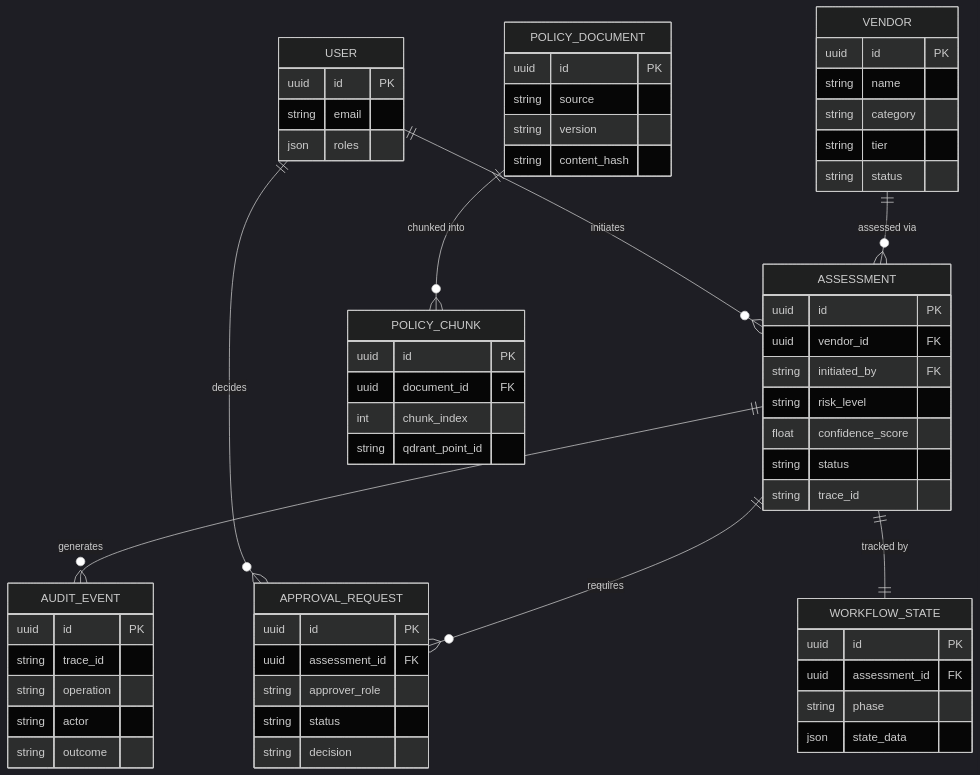
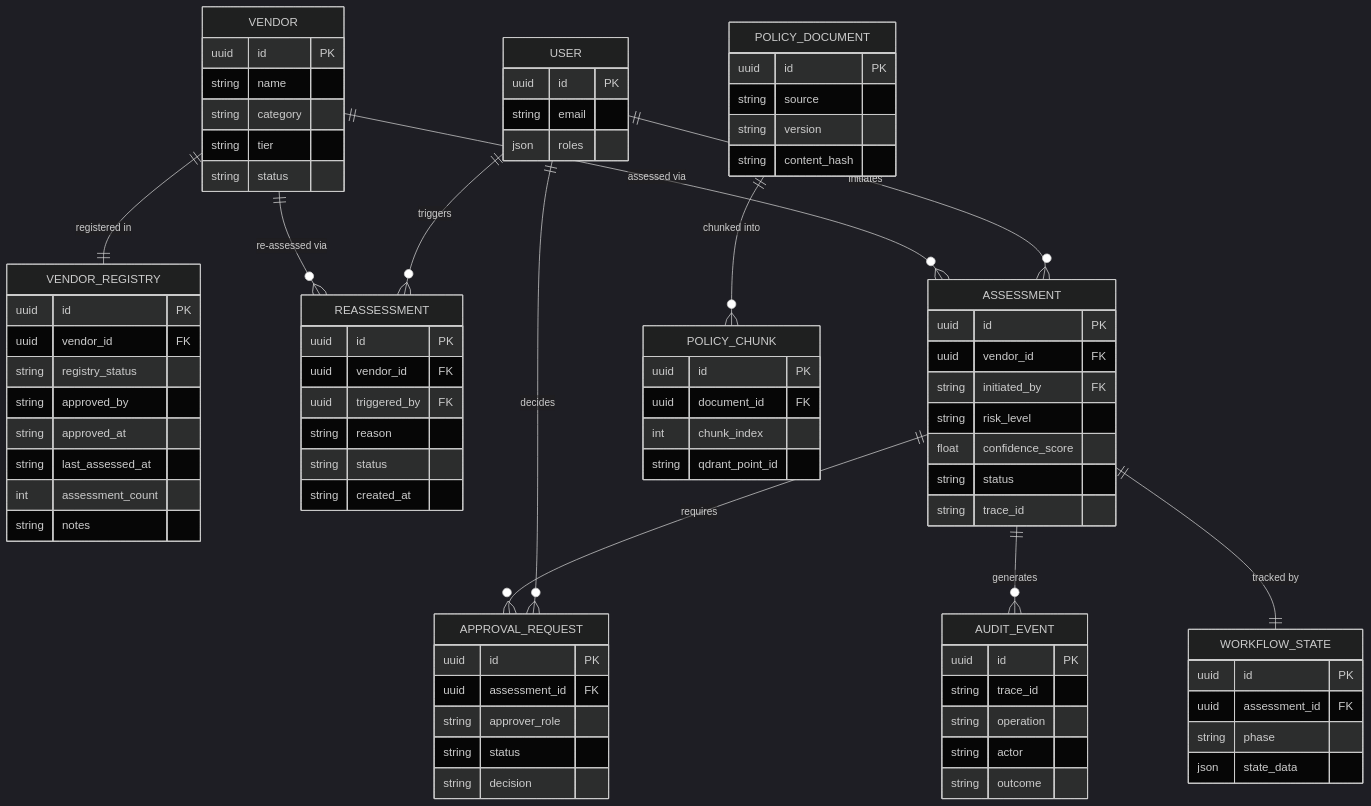
The diagram in architecture/information-model.md (nitindra-soekhai/flowpilot-docs), drawn with Mermaid (dark theme) before and after one commit. The commit also changed other lines of this file and 10 other files, not shown here.

Commit message:
docs: update architecture diagrams to v1.6 state

```diff
--- a/architecture/information-model.md
+++ b/architecture/information-model.md
@@ -8,6 +8,24 @@
         string category
         string tier
         string status
+    }
+    VENDOR_REGISTRY {
+        uuid id PK
+        uuid vendor_id FK
+        string registry_status
+        string approved_by
+        string approved_at
+        string last_assessed_at
+        int assessment_count
+        string notes
+    }
+    REASSESSMENT {
+        uuid id PK
+        uuid vendor_id FK
+        uuid triggered_by FK
+        string reason
+        string status
+        string created_at
     }
     ASSESSMENT {
         uuid id PK
@@ -57,6 +75,9 @@
     }
 
     VENDOR ||--o{ ASSESSMENT : "assessed via"
+    VENDOR ||--|| VENDOR_REGISTRY : "registered in"
+    VENDOR ||--o{ REASSESSMENT : "re-assessed via"
+    USER ||--o{ REASSESSMENT : "triggers"
     ASSESSMENT ||--o{ APPROVAL_REQUEST : "requires"
     ASSESSMENT ||--o{ AUDIT_EVENT : "generates"
     ASSESSMENT ||--|| WORKFLOW_STATE : "tracked by"
```
